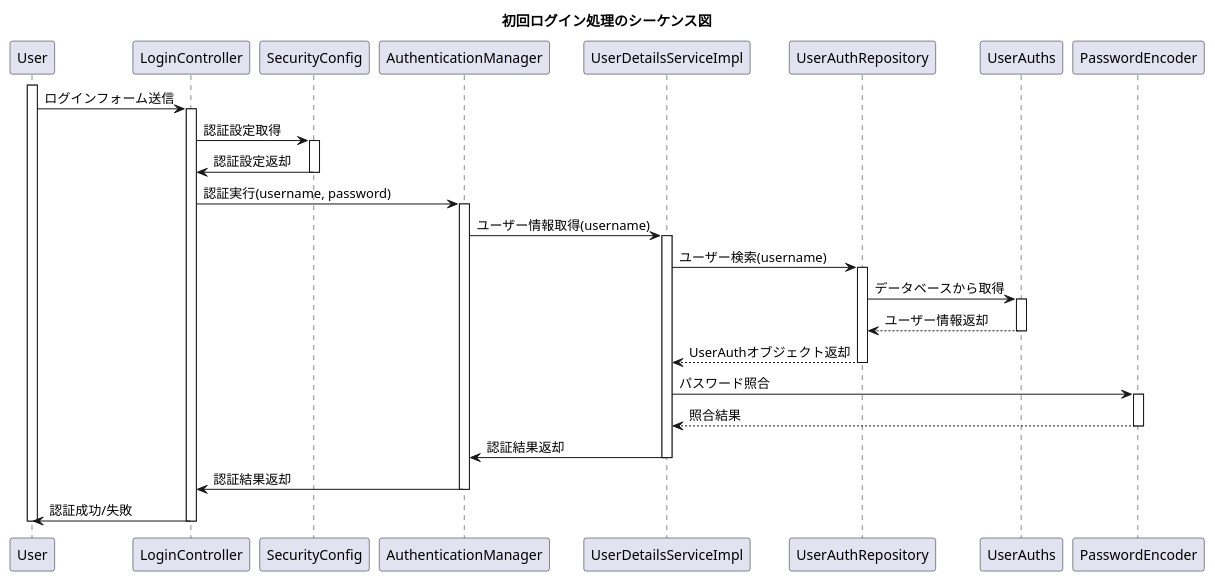
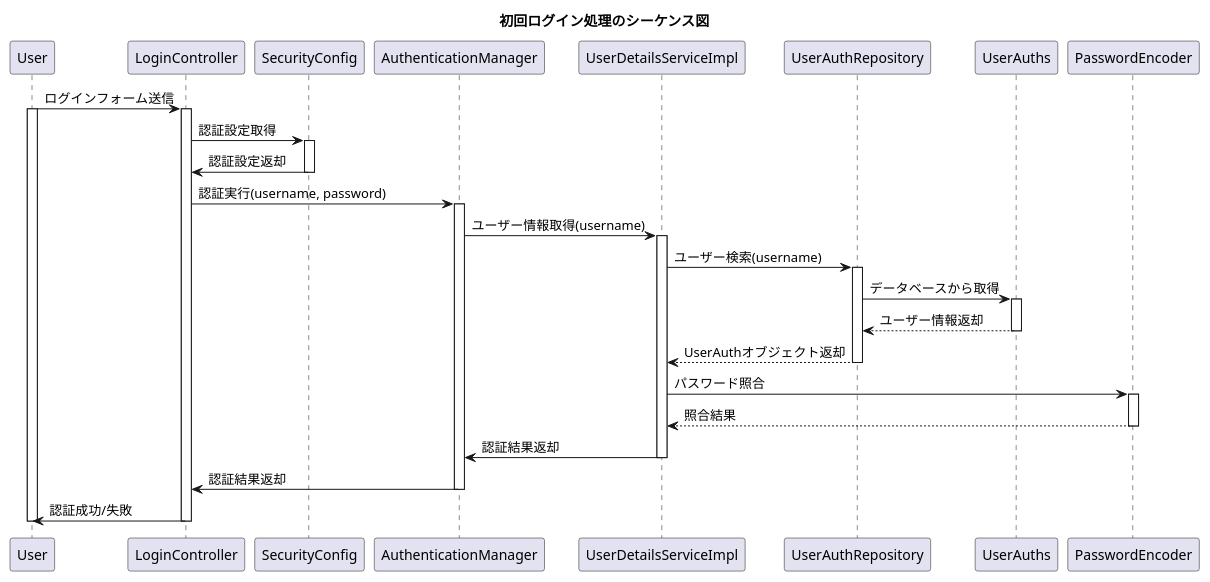
One commit to SHOzakioka/Documents changed the diagram in MealManagementForTraineeDocs/wsd/SequenceFigure.wsd. Above: the diagram before and after it, drawn with PlantUML. The commit also changed 1 other file, not shown here.

```diff
--- a/MealManagementForTraineeDocs/wsd/SequenceFigure.wsd
+++ b/MealManagementForTraineeDocs/wsd/SequenceFigure.wsd
@@ -1,49 +1,51 @@
 @startuml
+!pragma charset utf-8
 title 初回ログイン処理のシーケンス図
 
-participant User as ユーザー
-participant LoginController as コントローラー
-participant SecurityConfig as 設定
-participant AuthenticationManager as 認証マネージャー
-participant UserDetailsServiceImpl as サービス
-participant UserAuthRepository as リポジトリ
-participant UserAuths as エンティティ
-participant PasswordEncoder as パスワードエンコーダー
+participant User
+participant LoginController
+participant SecurityConfig
+participant AuthenticationManager
+participant UserDetailsServiceImpl
+participant UserAuthRepository
+participant UserAuths
+participant PasswordEncoder
 
-activate ユーザー
-ユーザー -> コントローラー: ログインフォーム送信
-activate コントローラー
+User -> LoginController: ログインフォーム送信
+activate User
+activate LoginController
 
-    コントローラー -> 設定: 認証設定取得
-    activate 設定
+    LoginController -> SecurityConfig: 認証設定取得
+    activate SecurityConfig
 
-    設定 -> コントローラー: 認証設定返却
-    deactivate 設定
+    SecurityConfig -> LoginController: 認証設定返却
+    deactivate SecurityConfig
 
-        コントローラー -> 認証マネージャー: 認証実行(username, password)
-        activate 認証マネージャー
-        認証マネージャー -> サービス: ユーザー情報取得(username)
-        activate サービス
-        サービス -> リポジトリ: ユーザー検索(username)
-        activate リポジトリ
-        リポジトリ -> エンティティ: データベースから取得
-        activate エンティティ
-        エンティティ --> リポジトリ: ユーザー情報返却
-        deactivate エンティティ
-        リポジトリ --> サービス: UserAuthオブジェクト返却
-        deactivate リポジトリ
-        サービス -> パスワードエンコーダー: パスワード照合
-        activate パスワードエンコーダー
-        パスワードエンコーダー --> サービス: 照合結果
-        deactivate パスワードエンコーダー
-        サービス -> 認証マネージャー: 認証結果返却
-        deactivate サービス
+        LoginController -> AuthenticationManager: 認証実行(username, password)
+        activate AuthenticationManager
+        AuthenticationManager -> UserDetailsServiceImpl: ユーザー情報取得(username)
 
-    認証マネージャー -> コントローラー: 認証結果返却
-    deactivate 認証マネージャー
+        activate UserDetailsServiceImpl
+        UserDetailsServiceImpl -> UserAuthRepository: ユーザー検索(username)
+        activate UserAuthRepository
+        UserAuthRepository -> UserAuths: データベースから取得
+        activate UserAuths
+        UserAuths --> UserAuthRepository: ユーザー情報返却
+        deactivate UserAuths
+        UserAuthRepository --> UserDetailsServiceImpl: UserAuthオブジェクト返却
+        deactivate UserAuthRepository
+        UserDetailsServiceImpl -> PasswordEncoder: パスワード照合
+        activate PasswordEncoder
+        PasswordEncoder --> UserDetailsServiceImpl: 照合結果
+        deactivate PasswordEncoder
+        UserDetailsServiceImpl -> AuthenticationManager: 認証結果返却
+        deactivate UserDetailsServiceImpl
 
-コントローラー -> ユーザー: 認証成功/失敗
-deactivate コントローラー
-deactivate ユーザー
+    AuthenticationManager -> LoginController: 認証結果返却
+    deactivate AuthenticationManager
+
+LoginController -> User: 認証成功/失敗
+deactivate LoginController
+deactivate User
 
 @enduml
```
